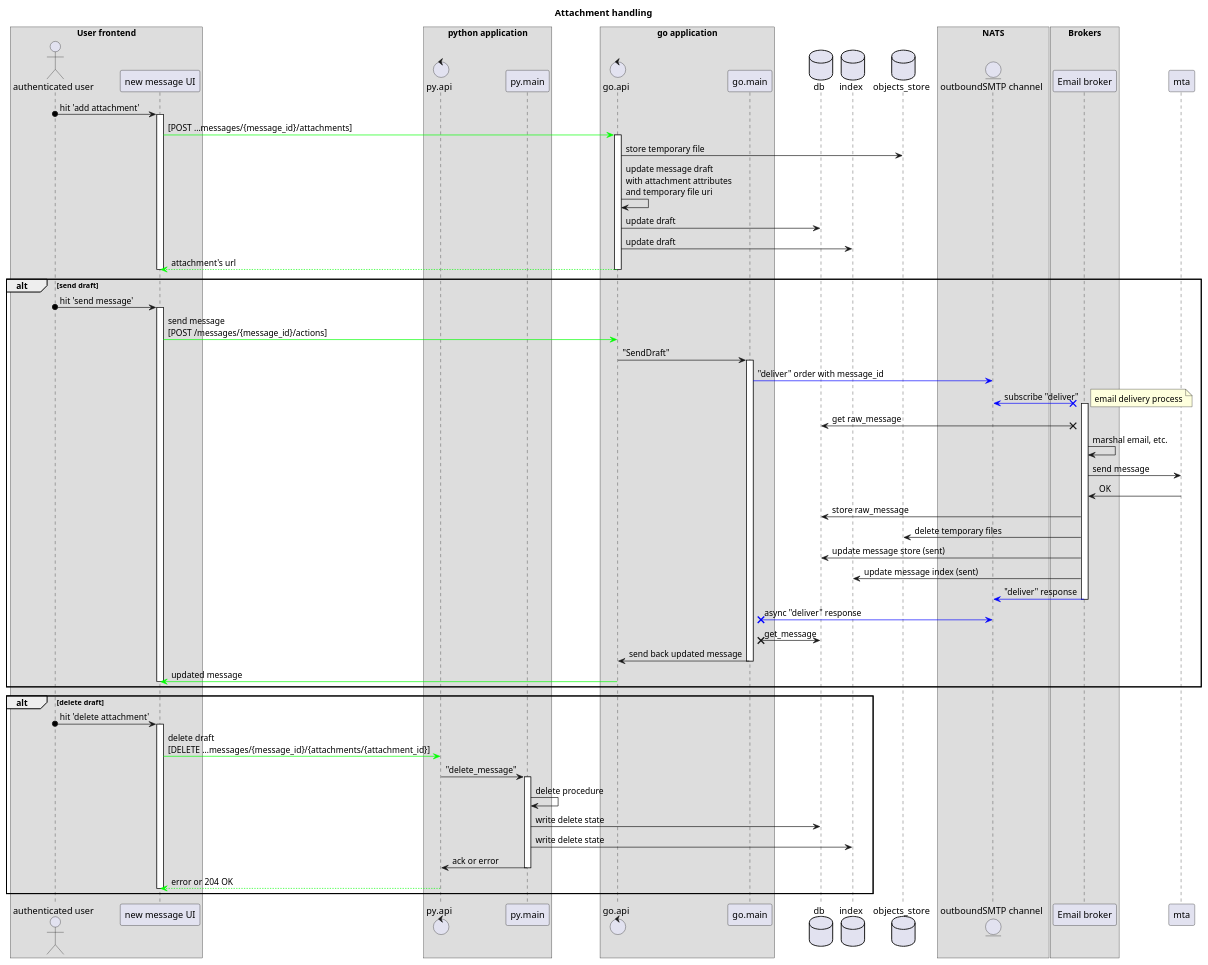
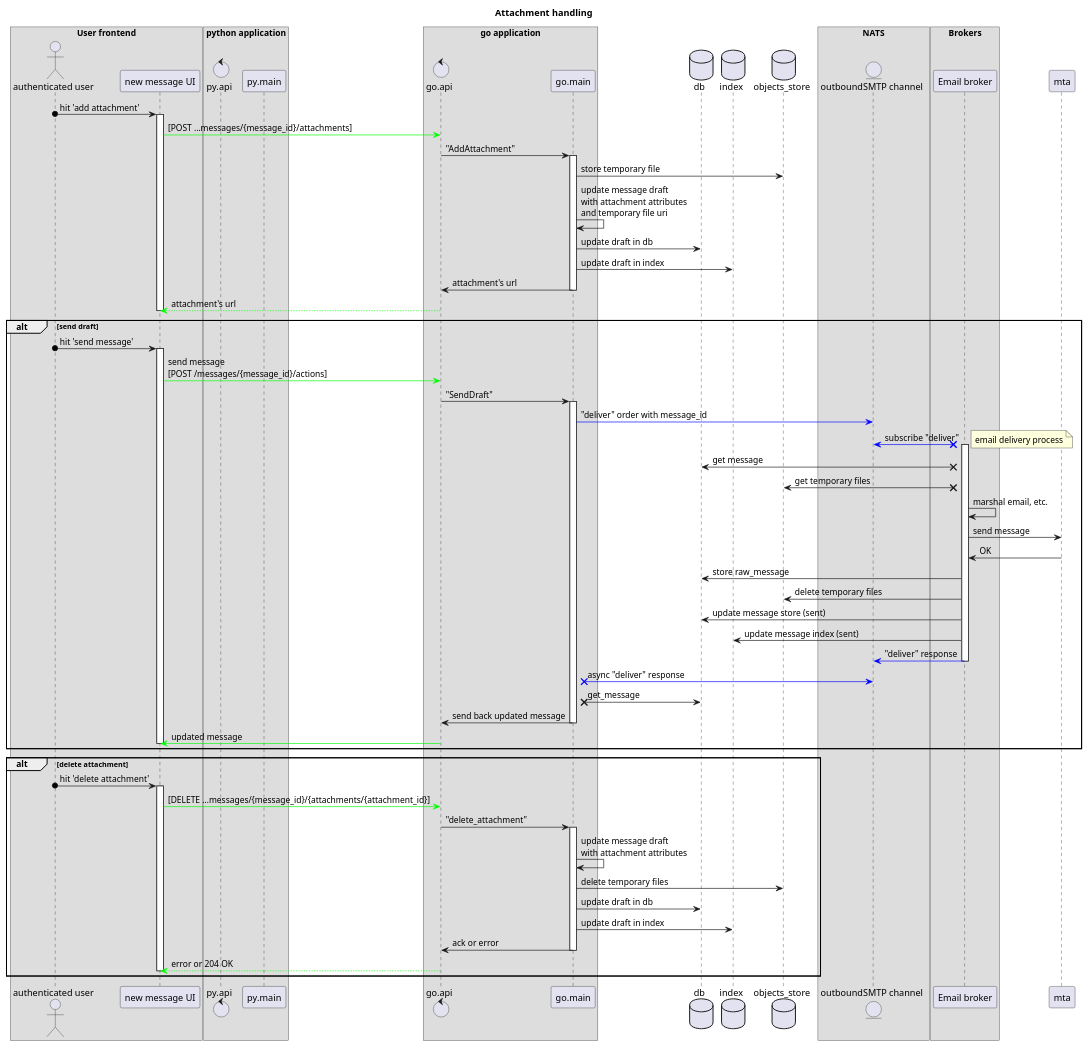
One commit to oricis/Caliopen changed the diagram in doc/UML/attachments-management.puml. Above: the diagram before and after it, drawn with PlantUML. The commit also changed 1 other file, not shown here.

Commit message:
Improve attachments management UML.

```diff
--- a/doc/UML/attachments-management.puml
+++ b/doc/UML/attachments-management.puml
@@ -1,80 +1,82 @@
 @startuml
 title Attachment handling
 box "User frontend"
 actor "authenticated user" as user
 participant "new message UI" as compose
 endbox
 box "python application"
 control py.api
 participant py.main
 endbox
 box "go application"
 control go.api
 participant go.main
 endbox
 database db
 database index
 database objects_store as os
 box "NATS"
 entity "outboundSMTP channel" as out
 endbox
 box "Brokers"
 participant "Email broker" as eb
 endbox
 user o-> compose : hit 'add attachment'
 activate compose
 compose -[#00FF00]> go.api : [POST …messages/{message_id}/attachments]
-activate go.api
-go.api -> os : store temporary file
-go.api -> go.api : update message draft\nwith attachment attributes\nand temporary file uri
-go.api -> db : update draft
-go.api -> index : update draft
+go.api -> go.main : "AddAttachment"
+activate go.main
+go.main -> os : store temporary file
+go.main -> go.main : update message draft\nwith attachment attributes\nand temporary file uri
+go.main -> db : update draft in db
+go.main -> index : update draft in index
+go.main -> go.api : attachment's url
+deactivate go.main
 go.api -[#00FF00]-> compose: attachment's url
-deactivate go.api
 deactivate compose
-
-
 alt send draft
 user o-> compose : hit 'send message'
 activate compose
 
 compose -[#00FF00]> go.api : send message\n[POST /messages/{message_id}/actions]
 go.api -> go.main : "SendDraft"
 activate go.main
 go.main -[#0000FF]> out : "deliver" order with message_id
 eb x-[#0000FF]> out : subscribe "deliver"
 activate eb
 note right: email delivery process
-eb x-> db : get raw_message
+eb x-> db : get message
+eb x-> os : get temporary files
 eb -> eb : marshal email, etc.
 eb -> mta : send message
 mta -> eb : OK
 eb -> db : store raw_message
 eb -> os : delete temporary files
 eb -> db : update message store (sent)
 eb -> index : update message index (sent)
 eb -[#0000FF]> out: "deliver" response
 deactivate eb
 go.main x-[#0000FF]> out : async "deliver" response
 go.main x-> db : get_message
 go.main -> go.api : send back updated message
 deactivate go.main
 go.api -[#00FF00]> compose : updated message
 deactivate compose
 end
 deactivate compose
-alt delete draft
+alt delete attachment
 user o-> compose: hit 'delete attachment'
 activate compose
-compose -[#00FF00]> py.api : delete draft\n[DELETE …messages/{message_id}/{attachments/{attachment_id}]
-py.api -> py.main: "delete_message"
-activate py.main
-py.main -> py.main: delete procedure
-py.main -> db: write delete state
-py.main -> index: write delete state
-py.main -> py.api: ack or error
-deactivate py.main
-py.api -[#00FF00]-> compose : error or 204 OK
+compose -[#00FF00]> go.api : [DELETE …messages/{message_id}/{attachments/{attachment_id}]
+go.api -> go.main: "delete_attachment"
+activate go.main
+go.main -> go.main: update message draft\nwith attachment attributes
+go.main -> os : delete temporary files
+go.main -> db: update draft in db
+go.main -> index: update draft in index
+go.main -> go.api: ack or error
+deactivate go.main
+go.api -[#00FF00]-> compose : error or 204 OK
 deactivate compose
 end
 @enduml
```
